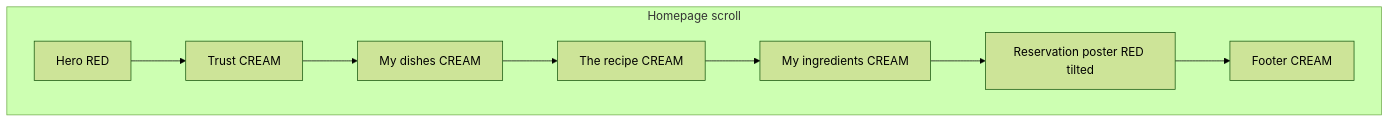
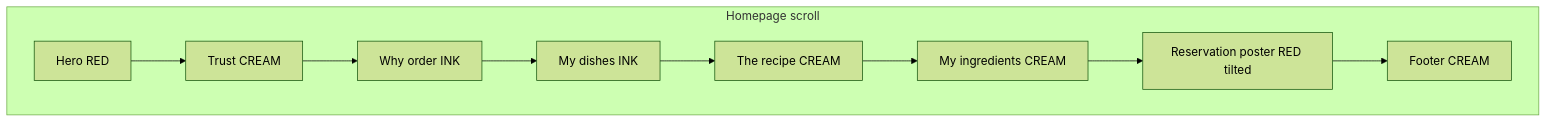
The diagram in docs/studio-kitchen-visual-direction.md (cosmosmarkets/ByJawad), drawn with Mermaid (forest theme) before and after one commit. The commit also changed other lines of this file and 216 other files, not shown here.

````diff
--- a/docs/studio-kitchen-visual-direction.md
+++ b/docs/studio-kitchen-visual-direction.md
@@ -35,13 +35,14 @@
 ```mermaid
 flowchart TB
   subgraph homepage [Homepage scroll]
     hero[Hero RED]
     trust[Trust CREAM]
-    dishes[My dishes CREAM]
+    whyOrder[Why order INK]
+    dishes[My dishes INK]
     recipe[The recipe CREAM]
     ingredients[My ingredients CREAM]
     poster[Reservation poster RED tilted]
     footer[Footer CREAM]
   end
-  hero --> trust --> dishes --> recipe --> ingredients --> poster --> footer
+  hero --> trust --> whyOrder --> dishes --> recipe --> ingredients --> poster --> footer
 ```
````
